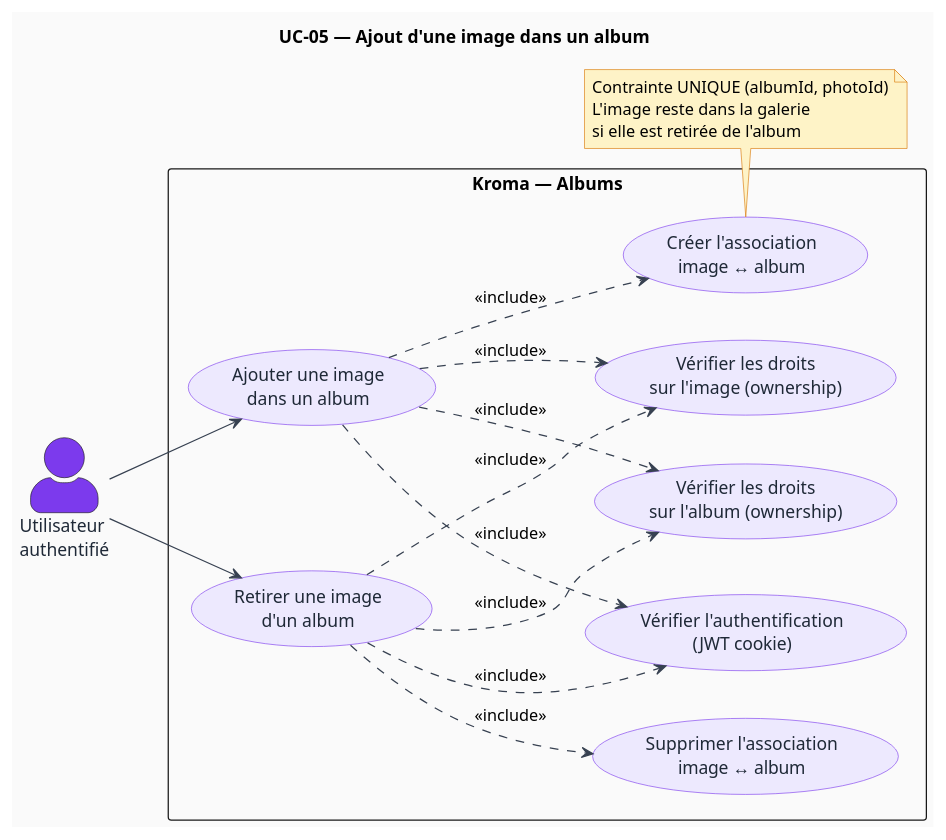
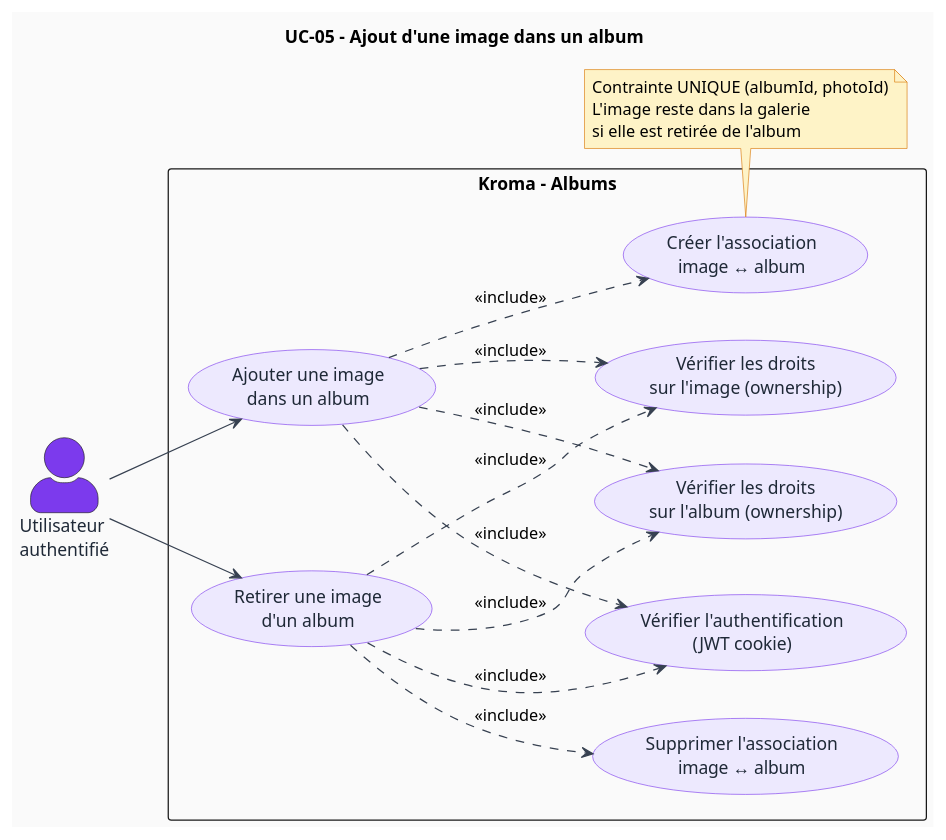
One commit to TonyMascate/fil_rouge_plateforme changed the diagram in docs/use_cases/uc-05-ajout-image-album.puml. Above: the diagram before and after it, drawn with PlantUML. The commit also changed 62 other files, not shown here.

```diff
--- a/docs/use_cases/uc-05-ajout-image-album.puml
+++ b/docs/use_cases/uc-05-ajout-image-album.puml
@@ -1,60 +1,60 @@
-@startuml UC-05 — Ajout d'une image dans un album
+@startuml UC-05 - Ajout d'une image dans un album
 
-title UC-05 — Ajout d'une image dans un album
+title UC-05 - Ajout d'une image dans un album
 
 left to right direction
 
 skinparam actorStyle awesome
 skinparam backgroundColor #FAFAFA
 skinparam usecase {
   BackgroundColor #EDE9FE
   BorderColor #7C3AED
   FontColor #1F2937
 }
 skinparam actor {
   BackgroundColor #7C3AED
   FontColor #1F2937
 }
 skinparam arrow {
   Color #374151
 }
 skinparam note {
   BackgroundColor #FEF3C7
   BorderColor #D97706
 }
 
 actor "Utilisateur\nauthentifié" as User
 
-rectangle "Kroma — Albums" {
+rectangle "Kroma - Albums" {
 
   usecase "Ajouter une image\ndans un album" as UC_Add
   usecase "Retirer une image\nd'un album" as UC_Remove
 
   usecase "Vérifier l'authentification\n(JWT cookie)" as UC_Auth
   usecase "Vérifier les droits\nsur l'album (ownership)" as UC_CheckAlbum
   usecase "Vérifier les droits\nsur l'image (ownership)" as UC_CheckPhoto
   usecase "Créer l'association\nimage ↔ album" as UC_Link
   usecase "Supprimer l'association\nimage ↔ album" as UC_Unlink
 
 }
 
 User --> UC_Add
 User --> UC_Remove
 
 UC_Add    ..> UC_Auth       : <<include>>
 UC_Add    ..> UC_CheckAlbum : <<include>>
 UC_Add    ..> UC_CheckPhoto : <<include>>
 UC_Add    ..> UC_Link       : <<include>>
 
 UC_Remove ..> UC_Auth       : <<include>>
 UC_Remove ..> UC_CheckAlbum : <<include>>
 UC_Remove ..> UC_CheckPhoto : <<include>>
 UC_Remove ..> UC_Unlink     : <<include>>
 
 note bottom of UC_Link
   Contrainte UNIQUE (albumId, photoId)
   L'image reste dans la galerie
   si elle est retirée de l'album
 end note
 
 @enduml
```
